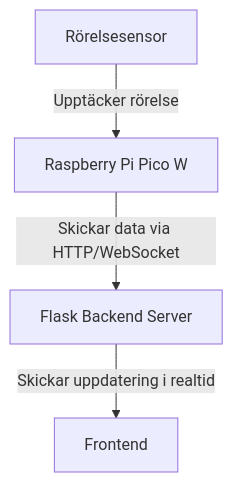
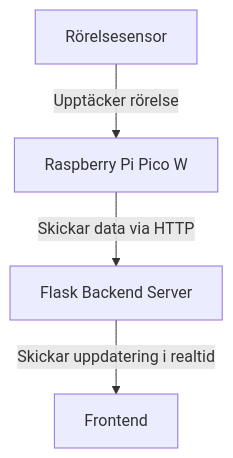
Before and after one commit to PhilipSamuelsson/hemlarm: the diagram in README.md, drawn with Mermaid.

````diff
--- a/README.md
+++ b/README.md
@@ -1,6 +1,6 @@
 ```mermaid
 graph TD;
     PIR["Rörelsesensor"] -->|"Upptäcker rörelse"| Pico["Raspberry Pi Pico W"];
-    Pico -->|"Skickar data via HTTP/WebSocket"| Flask["Flask Backend Server"];
+    Pico -->|"Skickar data via HTTP"| Flask["Flask Backend Server"];
     Flask -->|"Skickar uppdatering i realtid"| Frontend["Frontend"];
 ```
````
